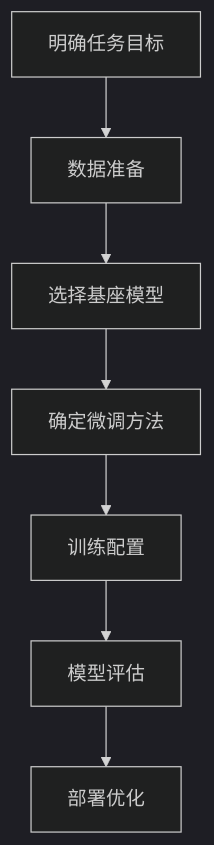
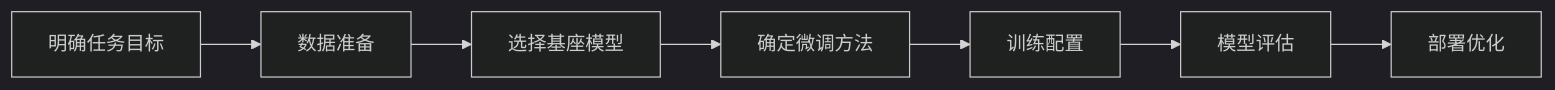
One commit to sanfengliao/obsidian-notes changed the first of 2 diagrams in llm-action/大模型微调.md. Above: the diagram before and after it, drawn with Mermaid (dark theme). The commit also changed other lines of this file and 1 other file, not shown here.

````diff
--- a/llm-action/大模型微调.md
+++ b/llm-action/大模型微调.md
@@ -83,9 +85,9 @@
 ```mermaid
-graph TD
+graph LR
     A[明确任务目标] --> B[数据准备]
     B --> C[选择基座模型]
     C --> D[确定微调方法]
     D --> E[训练配置]
     E --> F[模型评估]
     F --> G[部署优化]
 ```
````
